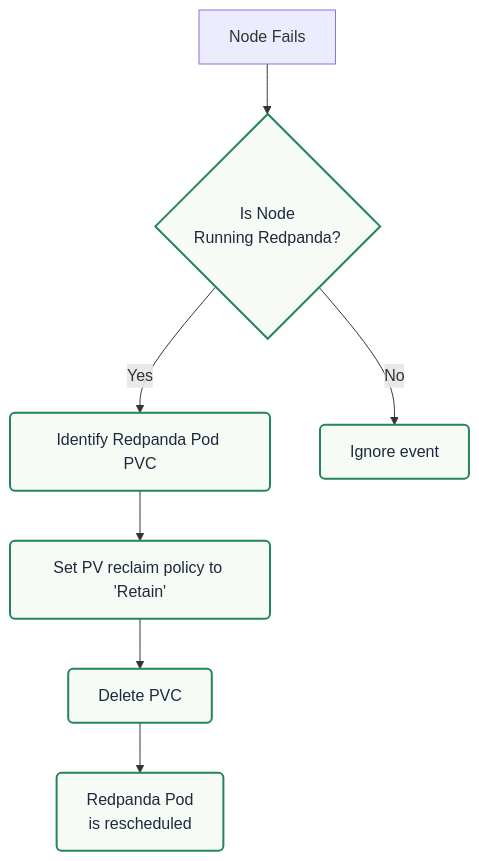
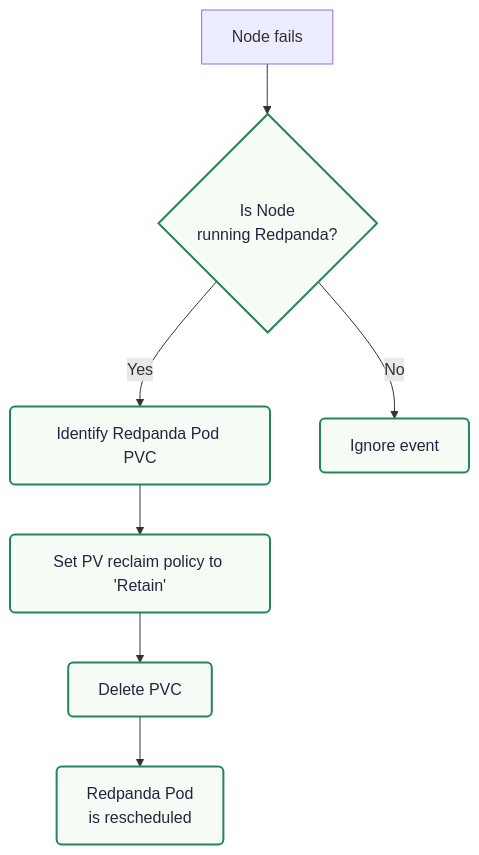
Before and after one commit to redpanda-data/docs: the diagram in modules/manage/pages/kubernetes/k-nodewatcher.adoc, drawn with Mermaid.

```diff
--- a/modules/manage/pages/kubernetes/k-nodewatcher.adoc
+++ b/modules/manage/pages/kubernetes/k-nodewatcher.adoc
@@ -29,13 +29,13 @@
 [mermaid]
 ....
 flowchart TB
     %% Define classes
     classDef systemAction fill:#F6FBF6,stroke:#25855a,stroke-width:2px,color:#20293c,rx:5,ry:5
 
-    A[Node Fails] --> B{Is Node<br>Running Redpanda?}:::systemAction
+    A[Node fails] --> B{Is Node<br>running Redpanda?}:::systemAction
     B -- Yes --> C[Identify Redpanda Pod PVC]:::systemAction
     C --> D[Set PV reclaim policy to 'Retain']:::systemAction
     D --> E[Delete PVC]:::systemAction
     E --> F[Redpanda Pod<br>is rescheduled]:::systemAction
     B -- No --> G[Ignore event]:::systemAction
 ....
```
